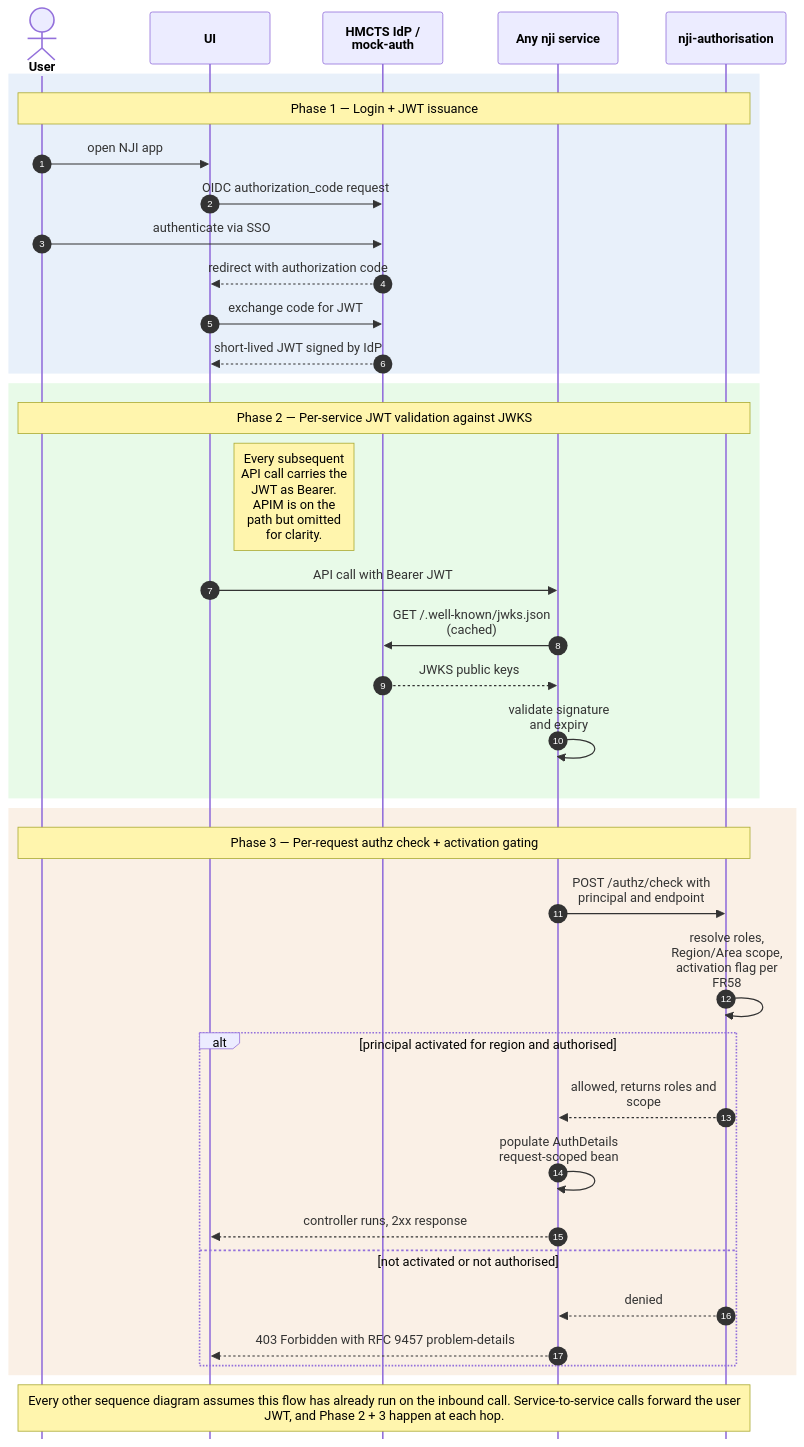
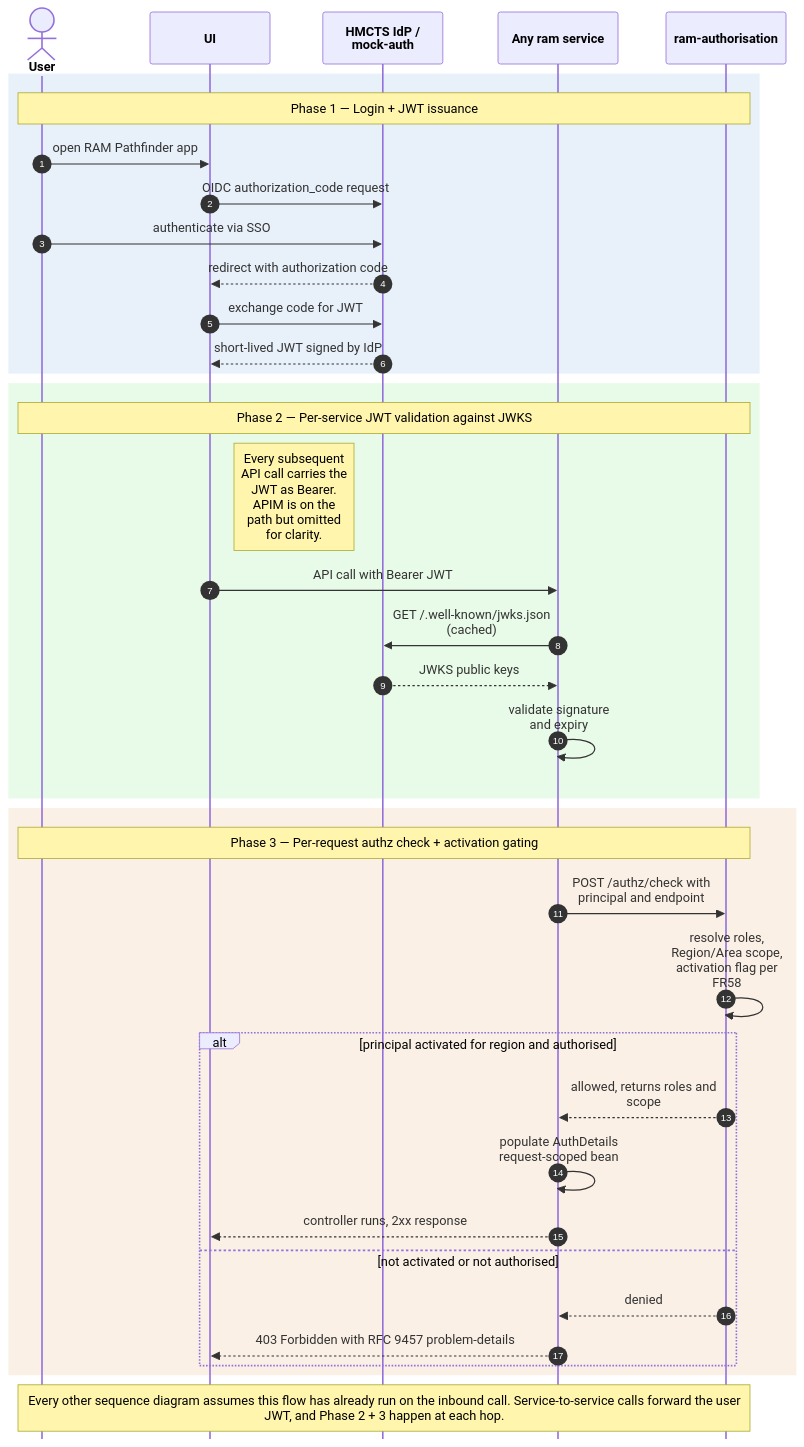
One commit to hmcts/ji-analysis changed the diagram in _bmad-output/planning-artifacts/architecture/sequence-diagrams/user-authentication-and-authorisation.mmd. Above: the diagram before and after it, drawn with Mermaid. The commit also changed 111 other files, not shown here.

First line of the commit message:
Refactor documentation and scripts for RAM Pathfinder

```diff
--- a/_bmad-output/planning-artifacts/architecture/sequence-diagrams/user-authentication-and-authorisation.mmd
+++ b/_bmad-output/planning-artifacts/architecture/sequence-diagrams/user-authentication-and-authorisation.mmd
@@ -1,44 +1,44 @@
 %%{init: {'theme': 'default', 'sequence': {'actorFontSize': 22, 'actorFontWeight': 'bold', 'messageFontSize': 20, 'noteFontSize': 18, 'mirrorActors': false, 'actorMargin': 60, 'boxMargin': 12, 'messageMargin': 40, 'wrap': true}}}%%
 sequenceDiagram
     autonumber
 
     actor User
     participant UI
     participant IdP as HMCTS IdP / mock-auth
-    participant Svc as Any nji service
-    participant Authz as nji-authorisation
+    participant Svc as Any ram service
+    participant Authz as ram-authorisation
 
     rect rgb(232, 240, 250)
         Note over User,Authz: Phase 1 — Login + JWT issuance
-        User->>UI: open NJI app
+        User->>UI: open RAM Pathfinder app
         UI->>IdP: OIDC authorization_code request
         User->>IdP: authenticate via SSO
         IdP-->>UI: redirect with authorization code
         UI->>IdP: exchange code for JWT
         IdP-->>UI: short-lived JWT signed by IdP
     end
 
     rect rgb(232, 250, 232)
         Note over User,Authz: Phase 2 — Per-service JWT validation against JWKS
         Note right of UI: Every subsequent API call carries the JWT as Bearer. APIM is on the path but omitted for clarity.
         UI->>Svc: API call with Bearer JWT
         Svc->>IdP: GET /.well-known/jwks.json (cached)
         IdP-->>Svc: JWKS public keys
         Svc->>Svc: validate signature and expiry
     end
 
     rect rgb(250, 240, 230)
         Note over User,Authz: Phase 3 — Per-request authz check + activation gating
         Svc->>Authz: POST /authz/check with principal and endpoint
         Authz->>Authz: resolve roles, Region/Area scope, activation flag per FR58
         alt principal activated for region and authorised
             Authz-->>Svc: allowed, returns roles and scope
             Svc->>Svc: populate AuthDetails request-scoped bean
             Svc-->>UI: controller runs, 2xx response
         else not activated or not authorised
             Authz-->>Svc: denied
             Svc-->>UI: 403 Forbidden with RFC 9457 problem-details
         end
     end
 
     Note over User,Authz: Every other sequence diagram assumes this flow has already run on the inbound call. Service-to-service calls forward the user JWT, and Phase 2 + 3 happen at each hop.
```
